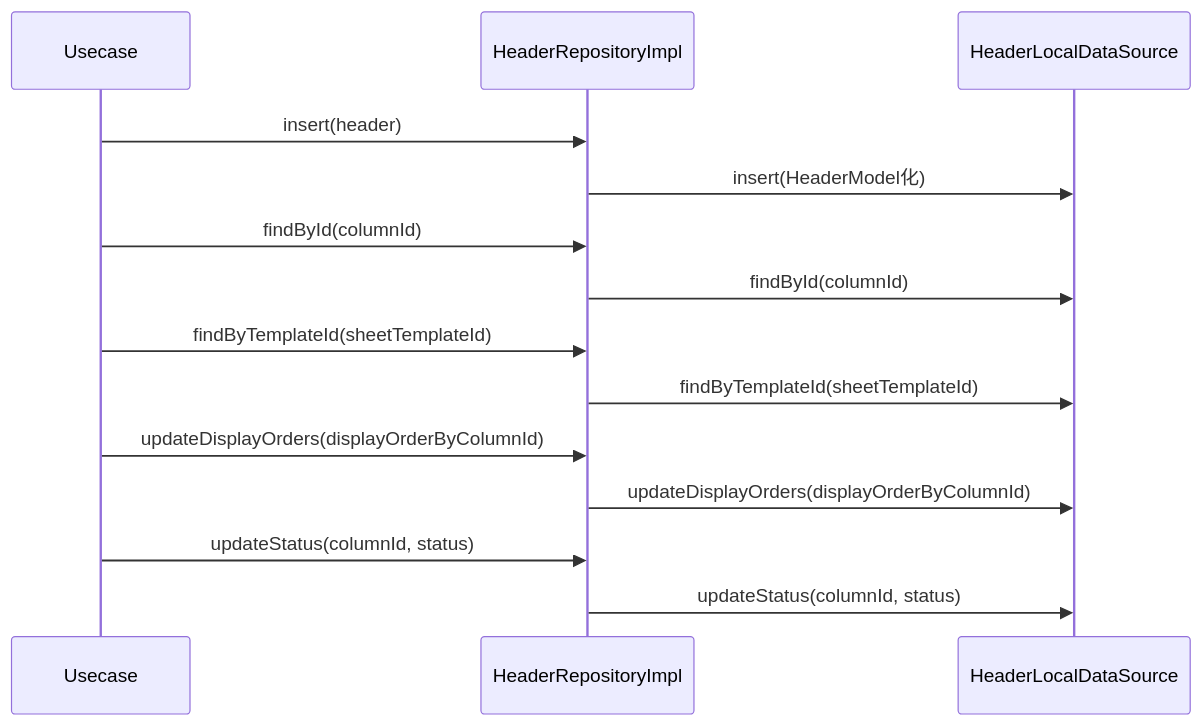
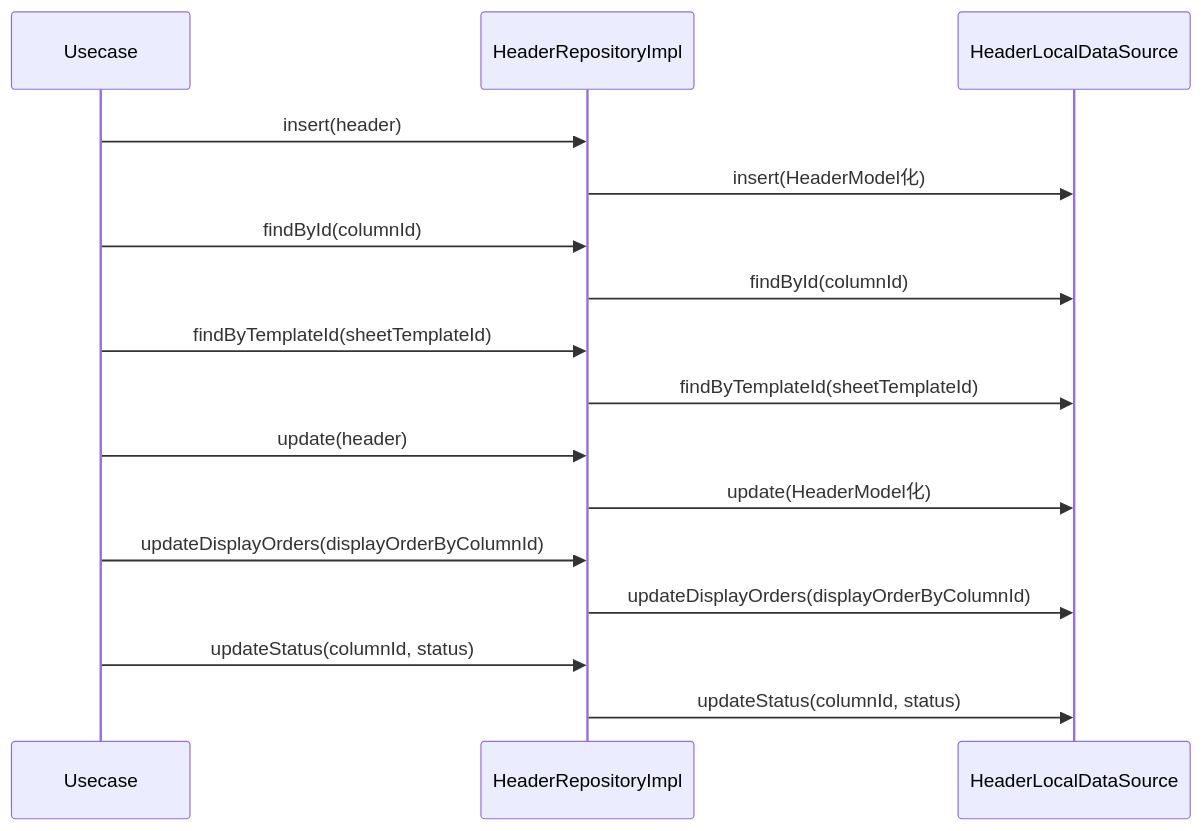
The diagram in docs/design/lib/src/features/voucher/data/repositories/header_repository_impl.md (MinamiyamaKotaro/m3_pad), drawn with Mermaid before and after one commit. The commit also changed other lines of this file and 90 other files, not shown here.

````diff
--- a/docs/design/lib/src/features/voucher/data/repositories/header_repository_impl.md
+++ b/docs/design/lib/src/features/voucher/data/repositories/header_repository_impl.md
@@ -13,17 +14,19 @@
 ```mermaid
 sequenceDiagram
     participant U as Usecase
     participant Impl as HeaderRepositoryImpl
     participant D as HeaderLocalDataSource
 
     U->>Impl: insert(header)
     Impl->>D: insert(HeaderModel化)
     U->>Impl: findById(columnId)
     Impl->>D: findById(columnId)
     U->>Impl: findByTemplateId(sheetTemplateId)
     Impl->>D: findByTemplateId(sheetTemplateId)
+    U->>Impl: update(header)
+    Impl->>D: update(HeaderModel化)
     U->>Impl: updateDisplayOrders(displayOrderByColumnId)
     Impl->>D: updateDisplayOrders(displayOrderByColumnId)
     U->>Impl: updateStatus(columnId, status)
     Impl->>D: updateStatus(columnId, status)
 ```
````
